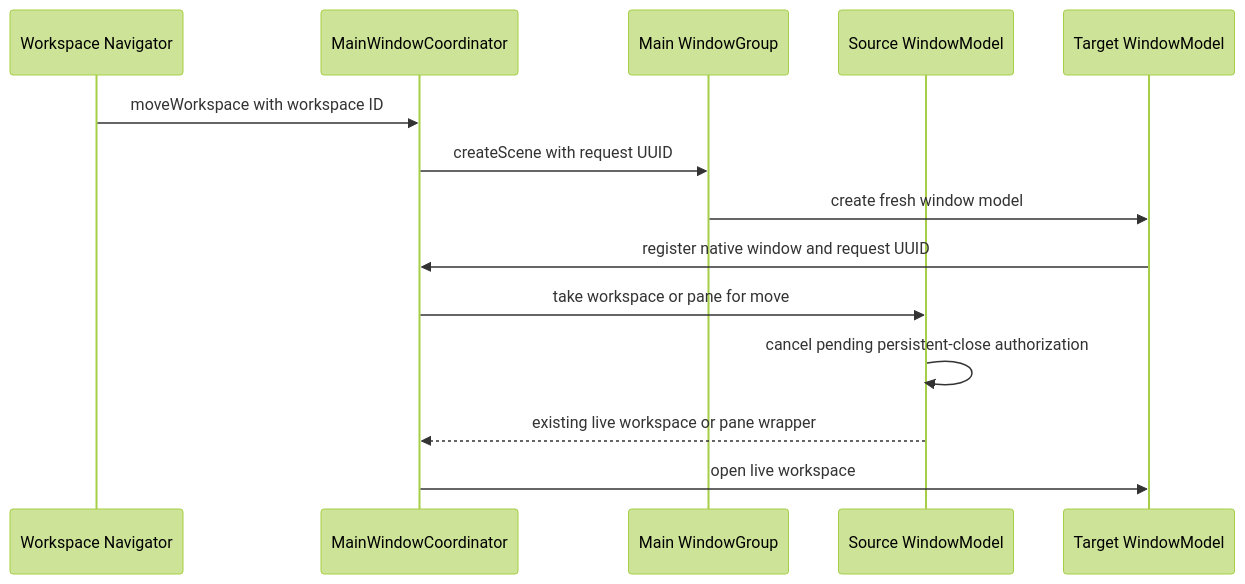
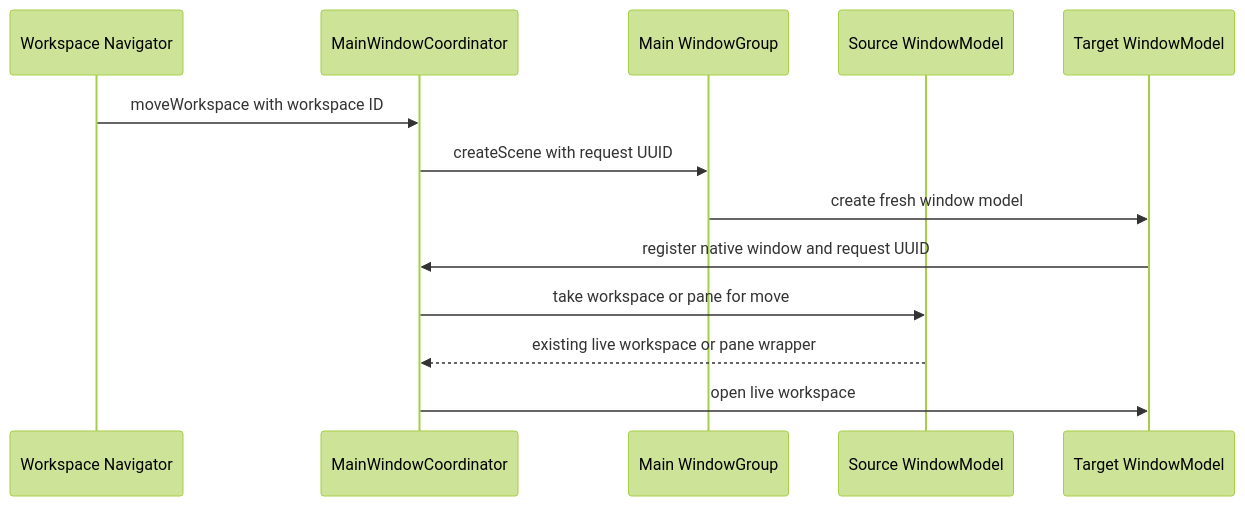
Before and after one commit to AkinoKaede/Termind: the second of 7 diagrams in openwiki/architecture/desktop-ui.md, drawn with Mermaid (forest theme). The commit also changed other lines of this file and 61 other files, not shown here.

````diff
--- a/openwiki/architecture/desktop-ui.md
+++ b/openwiki/architecture/desktop-ui.md
@@ -140,16 +150,15 @@
 ```mermaid
 sequenceDiagram
     participant Navigator as Workspace Navigator
     participant Coordinator as MainWindowCoordinator
     participant Scene as Main WindowGroup
     participant Source as Source WindowModel
     participant Target as Target WindowModel
     Navigator->>Coordinator: moveWorkspace with workspace ID
     Coordinator->>Scene: createScene with request UUID
     Scene->>Target: create fresh window model
     Target->>Coordinator: register native window and request UUID
     Coordinator->>Source: take workspace or pane for move
-    Source->>Source: cancel pending persistent-close authorization
     Source-->>Coordinator: existing live workspace or pane wrapper
     Coordinator->>Target: open live workspace
 ```
````
